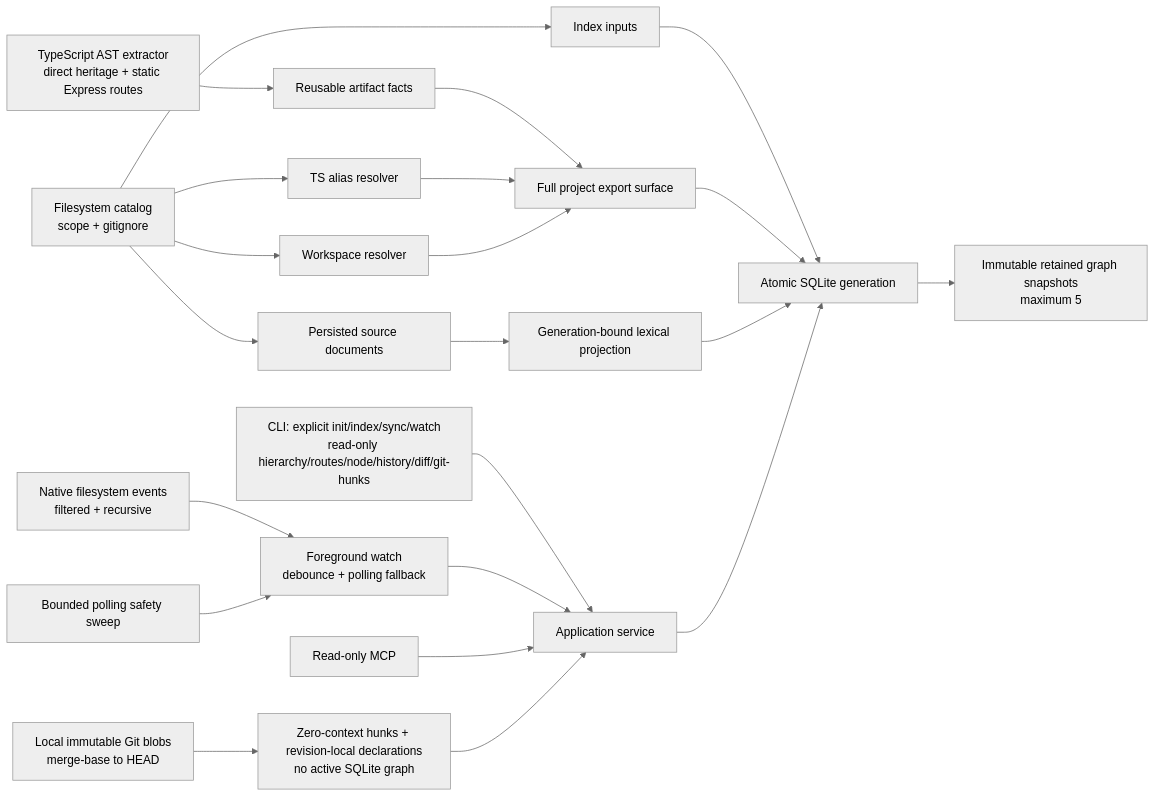
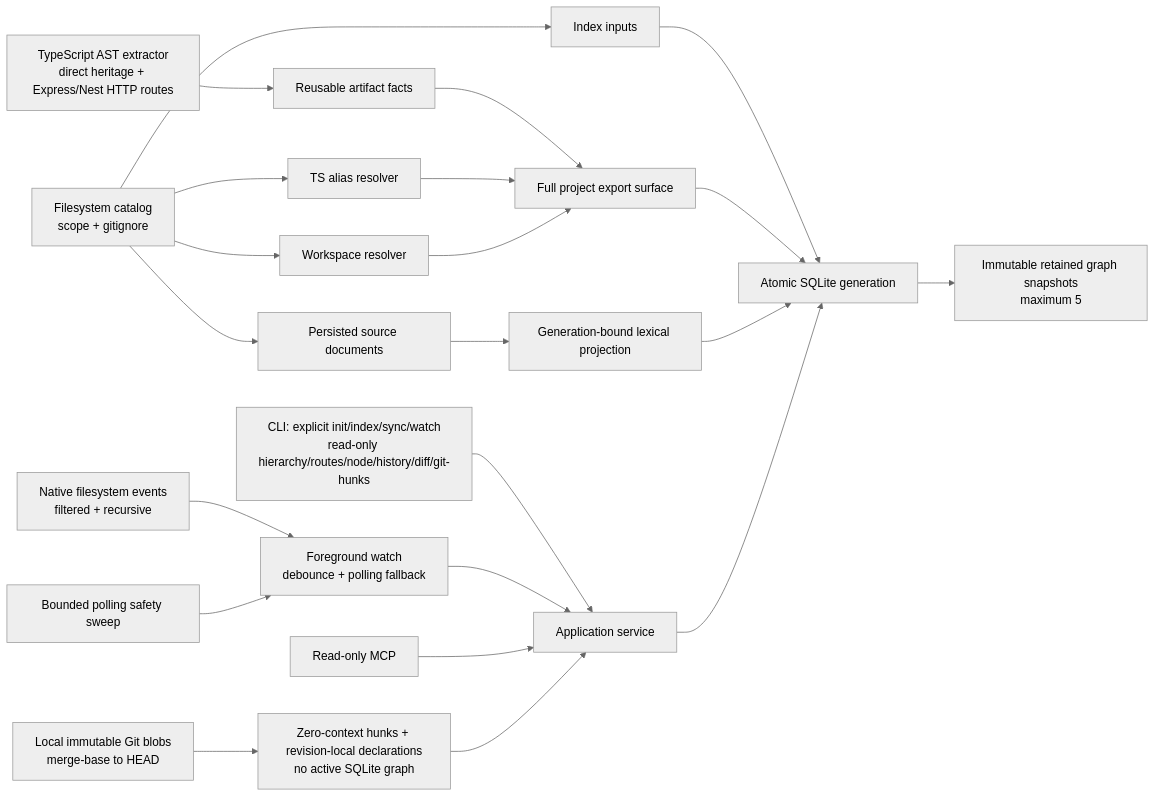
The diagram in README.md (HsinPu/SymbolLattice), drawn with Mermaid (neutral theme) before and after one commit. The commit also changed other lines of this file and 10 other files, not shown here.

````diff
--- a/README.md
+++ b/README.md
@@ -547,23 +579,23 @@
 ```mermaid
 flowchart LR
   CLI["CLI: explicit init/index/sync/watch\nread-only hierarchy/routes/node/history/diff/git-hunks"] --> App["Application service"]
   Native["Native filesystem events\nfiltered + recursive"] --> Watch["Foreground watch\ndebounce + polling fallback"]
   Timer["Bounded polling safety sweep"] --> Watch
   Watch --> App
   MCP["Read-only MCP"] --> App
   Git["Local immutable Git blobs\nmerge-base to HEAD"] --> GitHunks["Zero-context hunks + revision-local declarations\nno active SQLite graph"] --> App
   Catalog["Filesystem catalog\nscope + gitignore"] --> Inputs["Index inputs"]
   Catalog --> TS["TS alias resolver"]
   Catalog --> WS["Workspace resolver"]
-  Extractor["TypeScript AST extractor\ndirect heritage + static Express routes"] --> Facts["Reusable artifact facts"]
+  Extractor["TypeScript AST extractor\ndirect heritage + Express/Nest HTTP routes"] --> Facts["Reusable artifact facts"]
   Catalog --> SourceDocs["Persisted source documents"]
   SourceDocs --> Retrieval["Generation-bound lexical projection"]
   Facts --> Resolver["Full project export surface"]
   TS --> Resolver
   WS --> Resolver
   Inputs --> SQLite["Atomic SQLite generation"]
   Resolver --> SQLite
   Retrieval --> SQLite
   SQLite --> Retained["Immutable retained graph snapshots\nmaximum 5"]
   App --> SQLite
 ```
````
